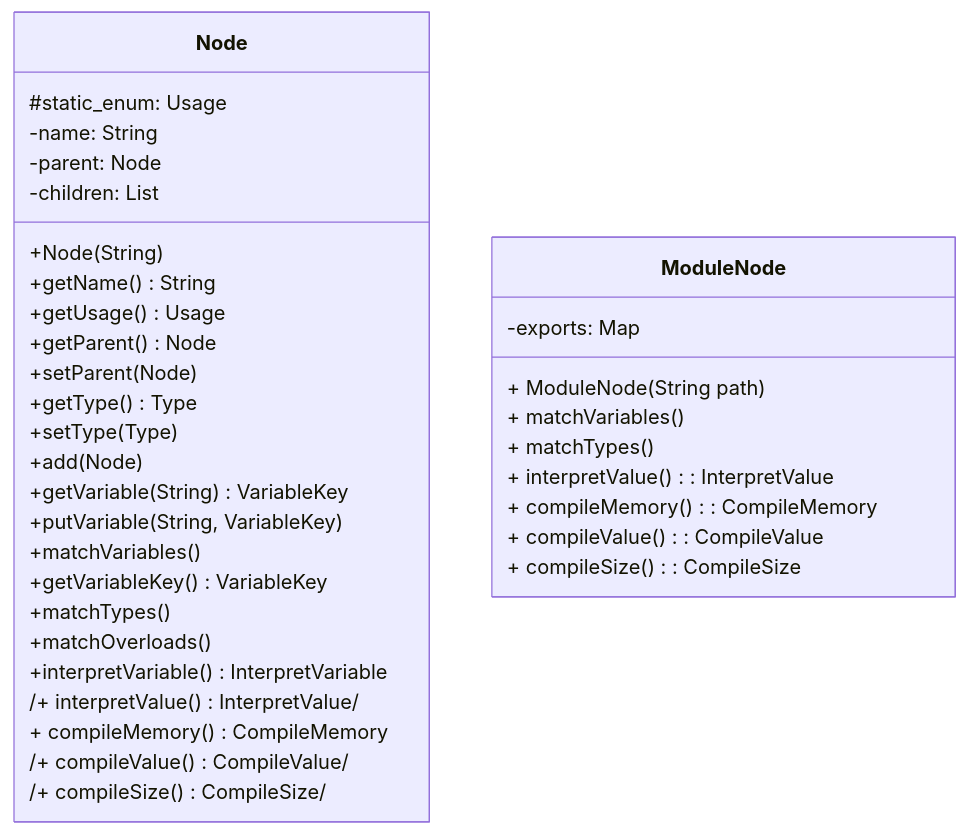
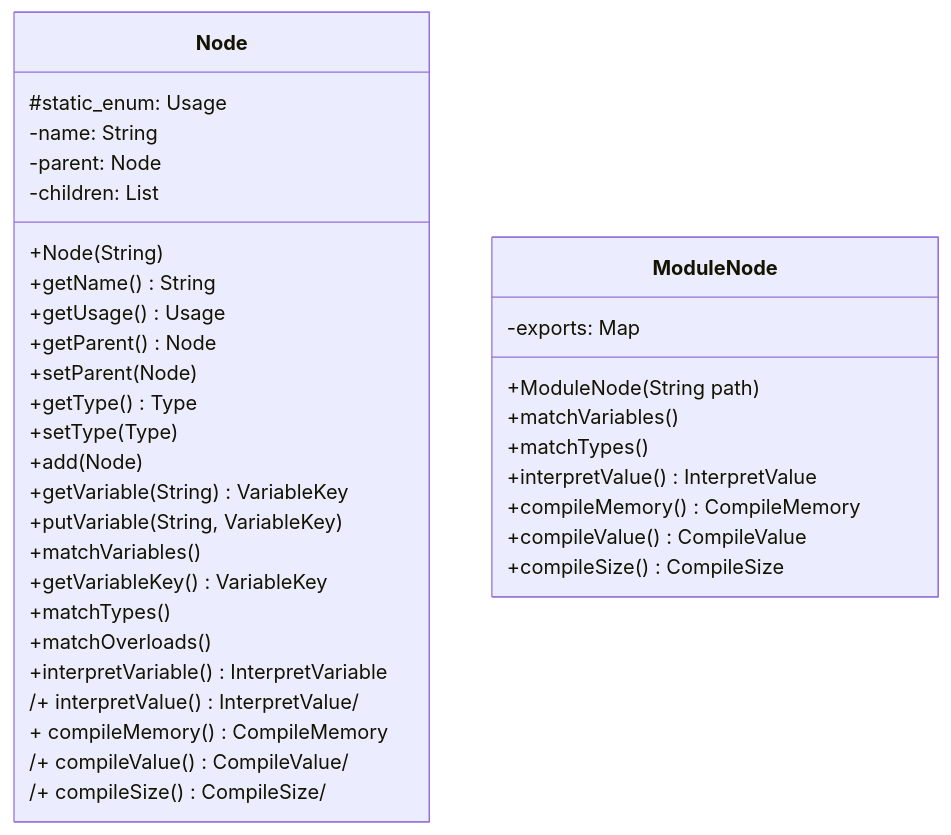
The diagram in UML1.md (Jzhyang1/Monomer), drawn with Mermaid before and after one commit. The commit also changed other lines of this file, not shown here.

Commit message:
UML1.md updated from https://stackedit.io/

````diff
--- a/UML1.md
+++ b/UML1.md
@@ -6,41 +6,41 @@
 ```mermaid
 classDiagram
 
 class Node{
 	#static_enum: Usage  
 	-name: String  
 	-parent: Node  
 	-children: List<Node>
 	+Node(String)  
 	+getName() String
 	+getUsage() Usage
 	+getParent() Node
 	+setParent(Node) 
 	+getType() Type
 	+setType(Type) 
 	+add(Node)  
 	+getVariable(String) VariableKey  
 	+putVariable(String, VariableKey)  
 	+matchVariables()  
 	+getVariableKey() VariableKey  
 	+matchTypes()  
 	+matchOverloads()  
 	+interpretVariable() InterpretVariable  
 	/+ interpretValue() InterpretValue/  
 	+ compileMemory() CompileMemory  
 	/+ compileValue() CompileValue/  
 	/+ compileSize() CompileSize/
 }
 
 
 class ModuleNode{
 	-exports: Map<String,VariableKey>
-	+ ModuleNode(String path)  
-	+ matchVariables()  
-	+ matchTypes()  
-	+ interpretValue() : InterpretValue  
-	+ compileMemory() : CompileMemory  
-	+ compileValue() : CompileValue  
-	+ compileSize() : CompileSize
+	+ModuleNode(String path)  
+	+matchVariables()  
+	+matchTypes()  
+	+interpretValue() InterpretValue  
+	+compileMemory() CompileMemory  
+	+compileValue() CompileValue  
+	+compileSize() CompileSize
 }
 ```
````
